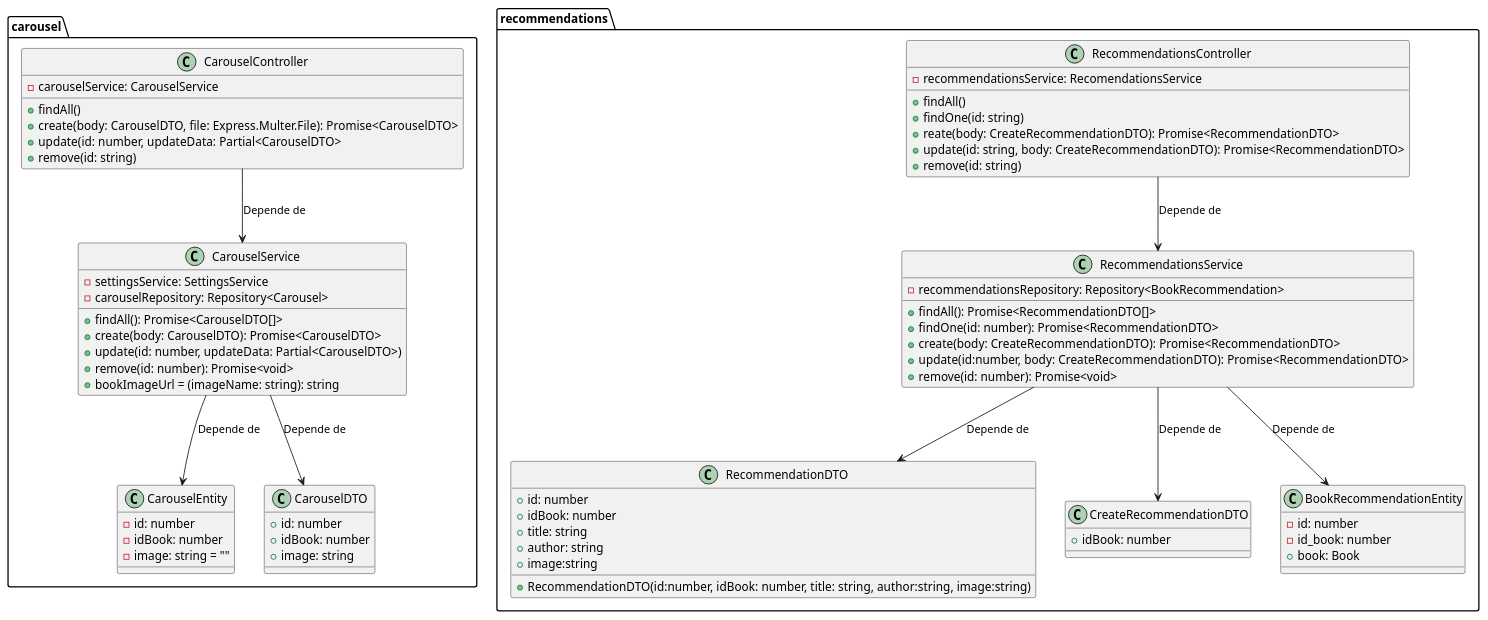
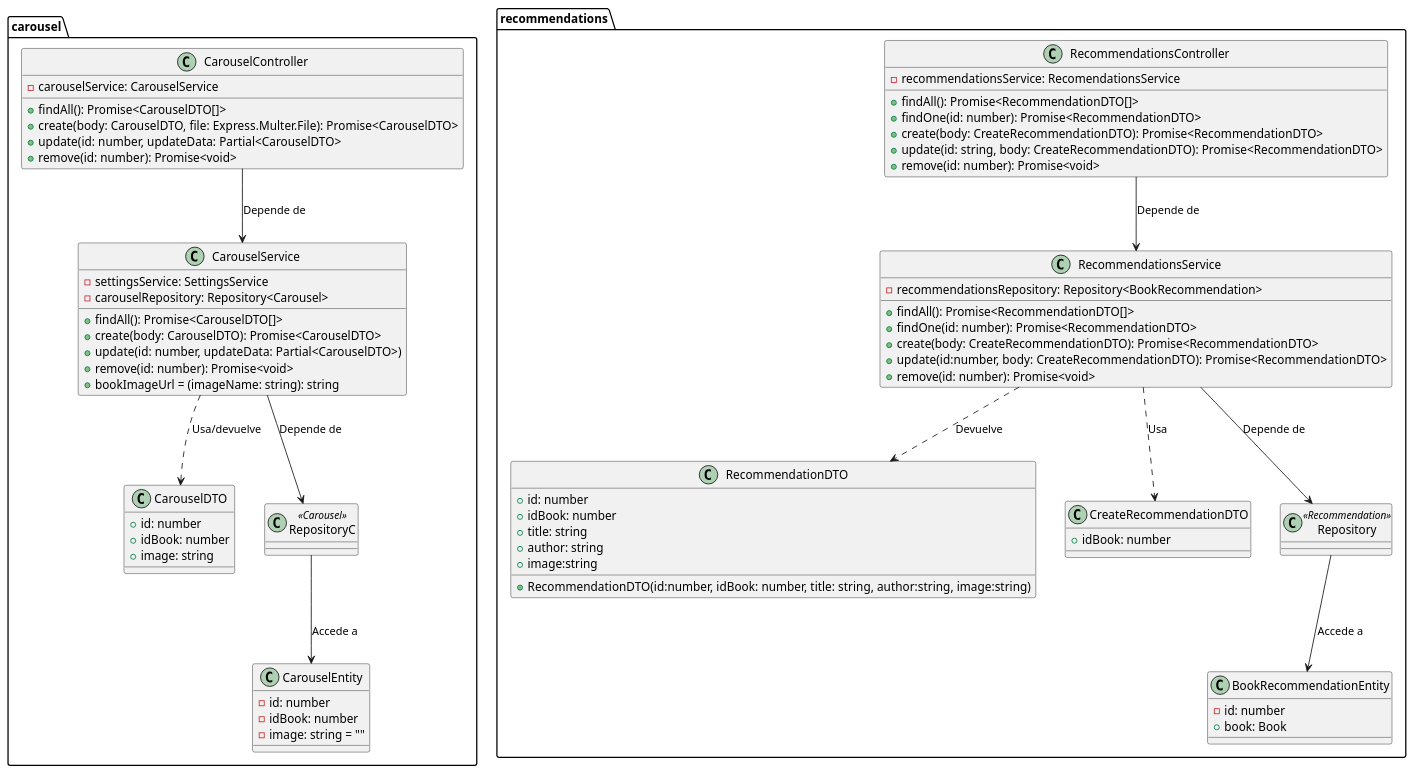
The diagram in documentacion/Diagrama de Clases/recommendations/recommendations.puml (LucasFrey-tech/Biblioteca), drawn with PlantUML before and after one commit. The commit also changed 18 other files, not shown here.

Commit message:
Diagramas

```diff
--- a/documentacion/Diagrama de Clases/recommendations/recommendations.puml
+++ b/documentacion/Diagrama de Clases/recommendations/recommendations.puml
@@ -1,92 +1,99 @@
 @startuml
 
 package carousel {
     class CarouselEntity  {
         - id: number
         - idBook: number
         - image: string = ""
     }
 
     class CarouselService {
         - settingsService: SettingsService
         - carouselRepository: Repository<Carousel>
 
         + findAll(): Promise<CarouselDTO[]>
         + create(body: CarouselDTO): Promise<CarouselDTO>
         + update(id: number, updateData: Partial<CarouselDTO>)
         + remove(id: number): Promise<void>
         + bookImageUrl = (imageName: string): string
     }
 
     class CarouselController {
         - carouselService: CarouselService
 
-        + findAll()
+        + findAll(): Promise<CarouselDTO[]>
         + create(body: CarouselDTO, file: Express.Multer.File): Promise<CarouselDTO>
         + update(id: number, updateData: Partial<CarouselDTO>
-        + remove(id: string)
+        + remove(id: number): Promise<void>
     }
 
     class CarouselDTO {
         + id: number
         + idBook: number
         + image: string
     }
+    
+    class RepositoryC<<Carousel>> {
 
+    }
 }
 
 package recommendations {
     class RecommendationsService {
         - recommendationsRepository: Repository<BookRecommendation>
 
         + findAll(): Promise<RecommendationDTO[]>
         + findOne(id: number): Promise<RecommendationDTO>
         + create(body: CreateRecommendationDTO): Promise<RecommendationDTO>
         + update(id:number, body: CreateRecommendationDTO): Promise<RecommendationDTO>
         + remove(id: number): Promise<void>
     }
 
     class RecommendationsController {
         - recommendationsService: RecomendationsService
 
-        + findAll()
-        + findOne(id: string)
-        + reate(body: CreateRecommendationDTO): Promise<RecommendationDTO>
+        + findAll(): Promise<RecommendationDTO[]>
+        + findOne(id: number): Promise<RecommendationDTO>
+        + create(body: CreateRecommendationDTO): Promise<RecommendationDTO>
         + update(id: string, body: CreateRecommendationDTO): Promise<RecommendationDTO>
-        + remove(id: string)
+        + remove(id: number): Promise<void>
     }
 
     class RecommendationDTO {
         + id: number
         + idBook: number
         + title: string
         + author: string
         + image:string
 
         + RecommendationDTO(id:number, idBook: number, title: string, author:string, image:string)
     }
 
     class CreateRecommendationDTO {
         + idBook: number
     }
 
     class BookRecommendationEntity {
         - id: number
-        - id_book: number
         + book: Book
     }
 
+    class Repository<<Recommendation>> {
+
+    }
 }
 
 ' Relaciones
-CarouselService --> CarouselDTO : Depende de
-CarouselService --> CarouselEntity : Depende de
+CarouselService ..> CarouselDTO : Usa/devuelve
 CarouselController --> CarouselService : Depende de
+CarouselService --> RepositoryC : Depende de
+RepositoryC --> CarouselEntity : Accede a
 
-RecommendationsService --> BookRecommendationEntity : Depende de
-RecommendationsService --> RecommendationDTO : Depende de
-RecommendationsService --> CreateRecommendationDTO : Depende de
+RecommendationsService --> Repository : Depende de
+Repository --> BookRecommendationEntity : Accede a
+RecommendationsService ..> RecommendationDTO : Devuelve
+RecommendationsService ..> CreateRecommendationDTO : Usa
 RecommendationsController --> RecommendationsService : Depende de
 
 
 @enduml
```
